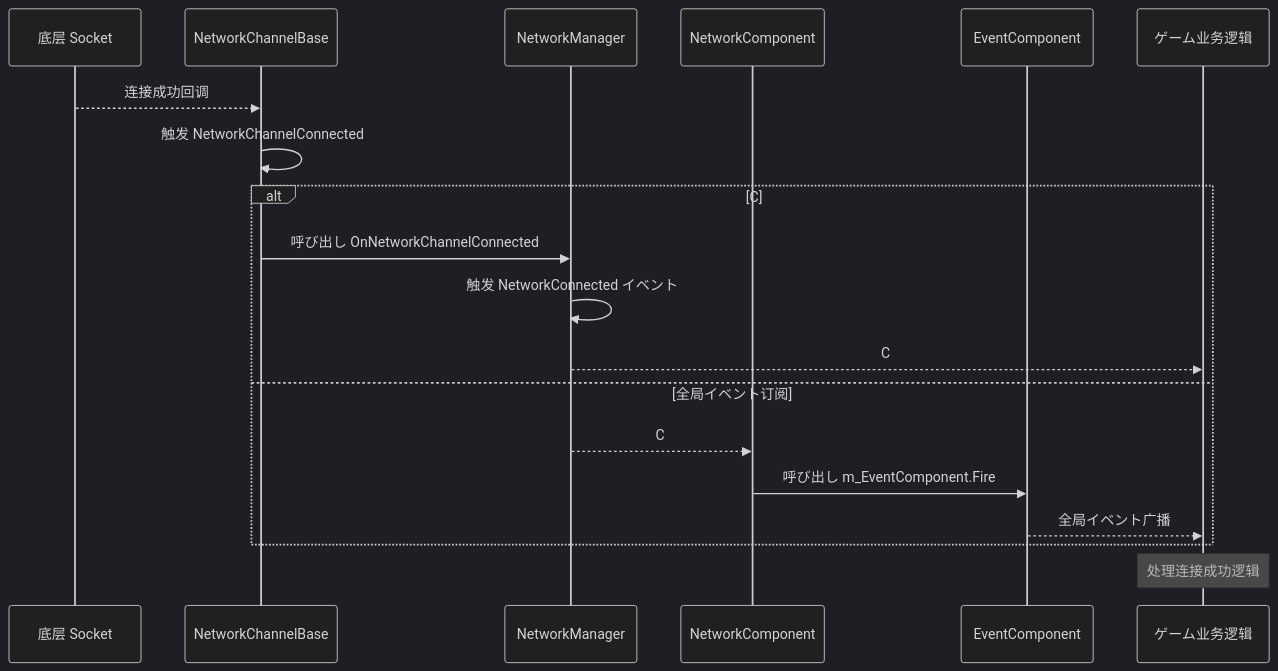
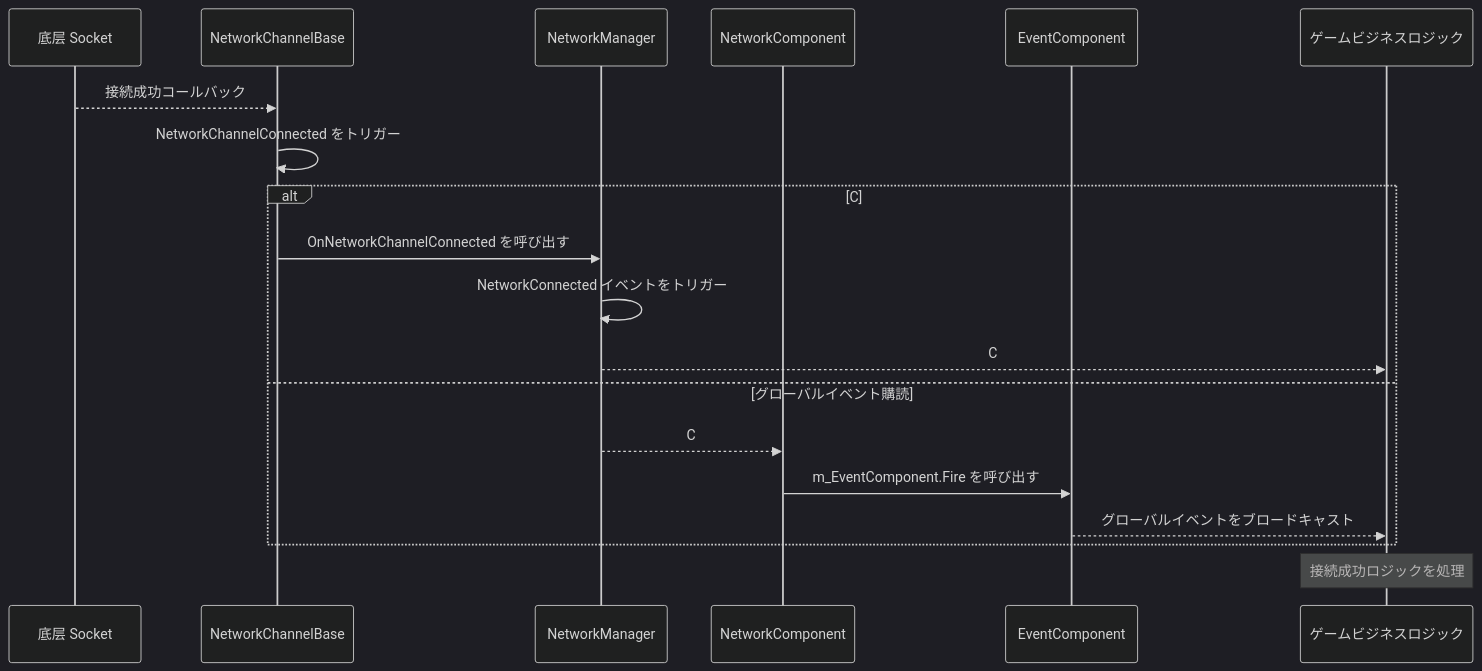
Before and after one commit to AlianBlank/GameFrameX.Docs: the second of 2 diagrams in docs/ja/client/unity/component/network/08.events.md, drawn with Mermaid (dark theme). The commit also changed other lines of this file and 320 other files, not shown here.

````diff
--- a/docs/ja/client/unity/component/network/08.events.md
+++ b/docs/ja/client/unity/component/network/08.events.md
@@ -187,24 +187,24 @@
 ```mermaid
 sequenceDiagram
     participant Socket as 底层 Socket
     participant NCB as NetworkChannelBase
     participant NM as NetworkManager
     participant NC as NetworkComponent
     participant EC as EventComponent
-    participant Game as ゲーム业务逻辑
+    participant Game as ゲームビジネスロジック
 
-    Socket-->>NCB: 连接成功回调
-    NCB->>NCB: 触发 NetworkChannelConnected
+    Socket-->>NCB: 接続成功コールバック
+    NCB->>NCB: NetworkChannelConnected をトリガー
     
-    alt C# イベント订阅
-        NCB->>NM: 呼び出し OnNetworkChannelConnected
-        NM->>NM: 触发 NetworkConnected イベント
-        NM-->>Game: C# イベント回调
-    else 全局イベント订阅
-        NM-->>NC: C# イベント回调
-        NC->>EC: 呼び出し m_EventComponent.Fire
-        EC-->>Game: 全局イベント广播
+    alt C# イベント購読
+        NCB->>NM: OnNetworkChannelConnected を呼び出す
+        NM->>NM: NetworkConnected イベントをトリガー
+        NM-->>Game: C# イベントコールバック
+    else グローバルイベント購読
+        NM-->>NC: C# イベントコールバック
+        NC->>EC: m_EventComponent.Fire を呼び出す
+        EC-->>Game: グローバルイベントをブロードキャスト
     end
 
-    Note over Game: 处理连接成功逻辑
+    Note over Game: 接続成功ロジックを処理
 ```
````
